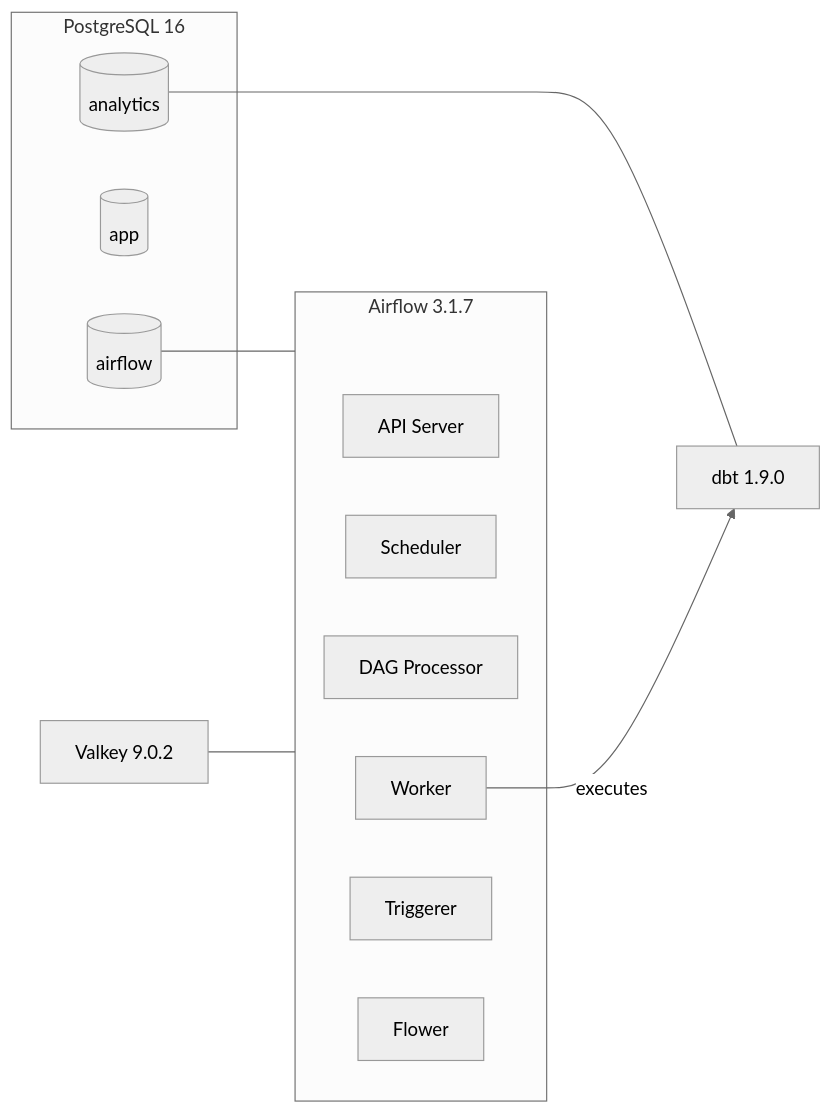
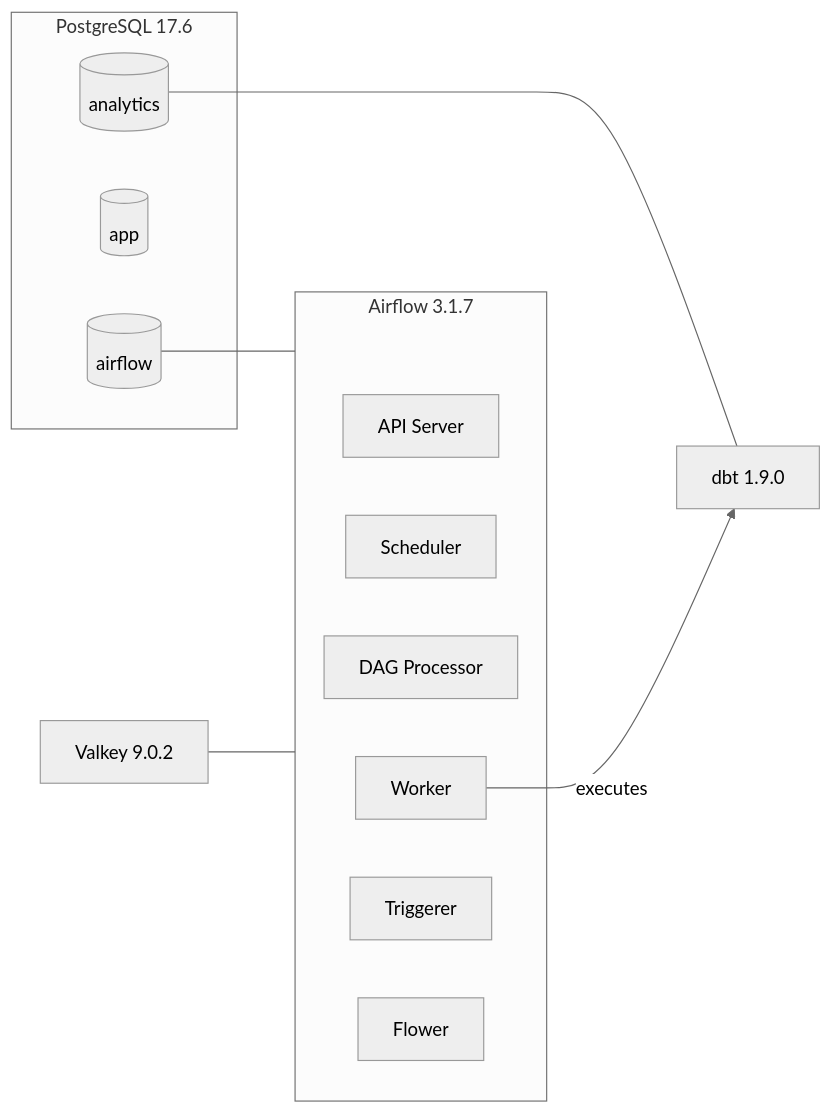
The third of 3 diagrams in README.md (esterfb3397/package-python-ebury-interview), drawn with Mermaid (neutral theme) before and after one commit. The commit also changed other lines of this file, not shown here.

````diff
--- a/README.md
+++ b/README.md
@@ -163,25 +163,25 @@
 ```mermaid
 graph LR
-    subgraph PostgreSQL [PostgreSQL 16]
+    subgraph PostgreSQL [PostgreSQL 17.6]
         AirflowDB[(airflow)]
         AppDB[(app)]
         AnalyticsDB[(analytics)]
     end
 
     subgraph Airflow [Airflow 3.1.7]
         APIServer[API Server]
         Scheduler
         DAGProc[DAG Processor]
         Worker
         Triggerer
         Flower
     end
 
     dbt[dbt 1.9.0]
     Valkey[Valkey 9.0.2]
 
     AirflowDB --- Airflow
     Valkey --- Airflow
     AnalyticsDB --- dbt
     Worker -- executes --> dbt
 ```
````
